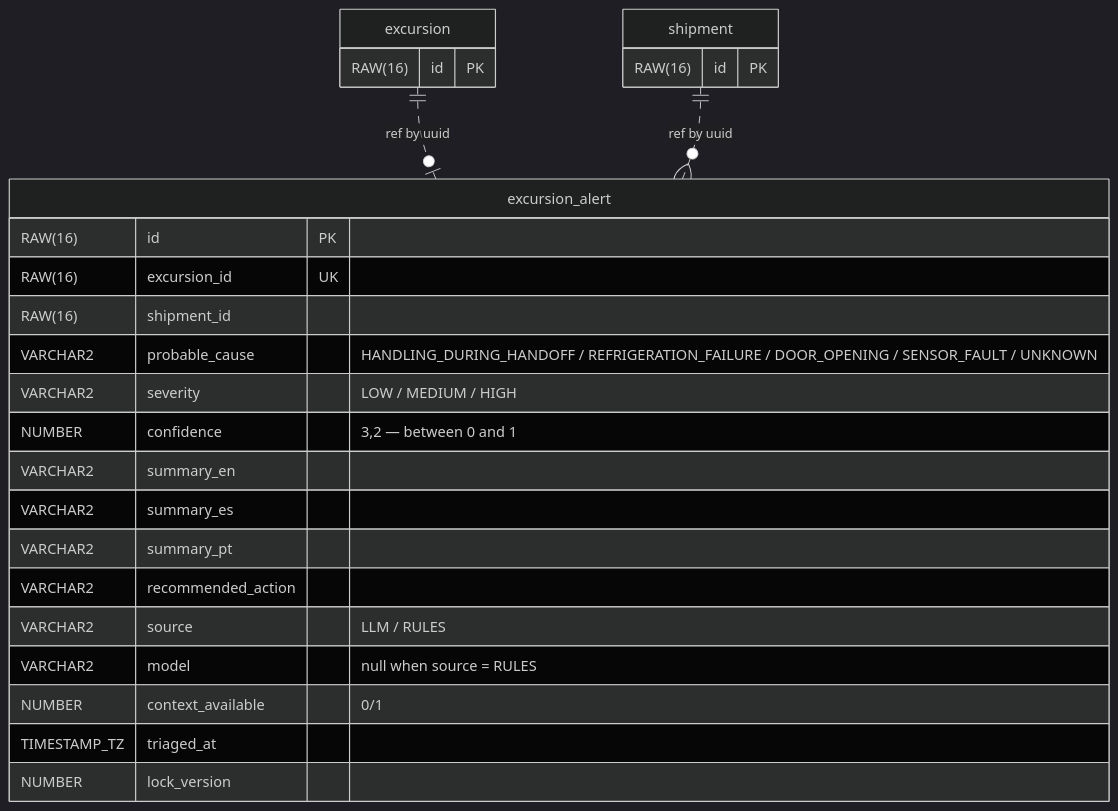
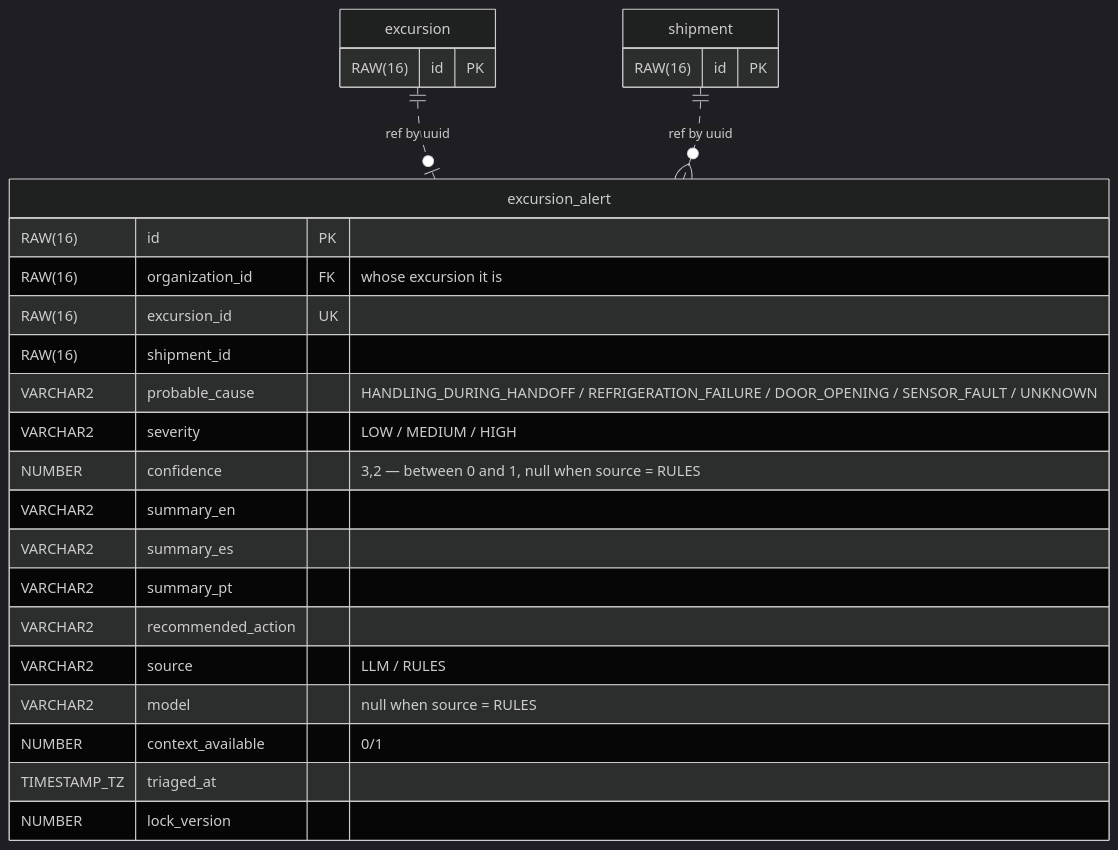
The eighth of 8 diagrams in docs/specification.md (jorge-lherrera/coldchain-api), drawn with Mermaid (dark theme) before and after one commit. The commit also changed other lines of this file and 6 other files, not shown here.

````diff
--- a/docs/specification.md
+++ b/docs/specification.md
@@ -585,28 +589,29 @@
 ```mermaid
 erDiagram
   excursion {
     RAW(16) id PK
   }
   shipment {
     RAW(16) id PK
   }
   excursion_alert {
     RAW(16) id PK
+    RAW(16) organization_id FK "whose excursion it is"
     RAW(16) excursion_id UK
     RAW(16) shipment_id
     VARCHAR2 probable_cause "HANDLING_DURING_HANDOFF / REFRIGERATION_FAILURE / DOOR_OPENING / SENSOR_FAULT / UNKNOWN"
     VARCHAR2 severity "LOW / MEDIUM / HIGH"
-    NUMBER confidence "3,2 — between 0 and 1"
+    NUMBER confidence "3,2 — between 0 and 1, null when source = RULES"
     VARCHAR2 summary_en
     VARCHAR2 summary_es
     VARCHAR2 summary_pt
     VARCHAR2 recommended_action
     VARCHAR2 source "LLM / RULES"
     VARCHAR2 model "null when source = RULES"
     NUMBER context_available "0/1"
     TIMESTAMP_TZ triaged_at
     NUMBER lock_version
   }
   excursion ||..o| excursion_alert : "ref by uuid"
   shipment ||..o{ excursion_alert : "ref by uuid"
 ```
````
